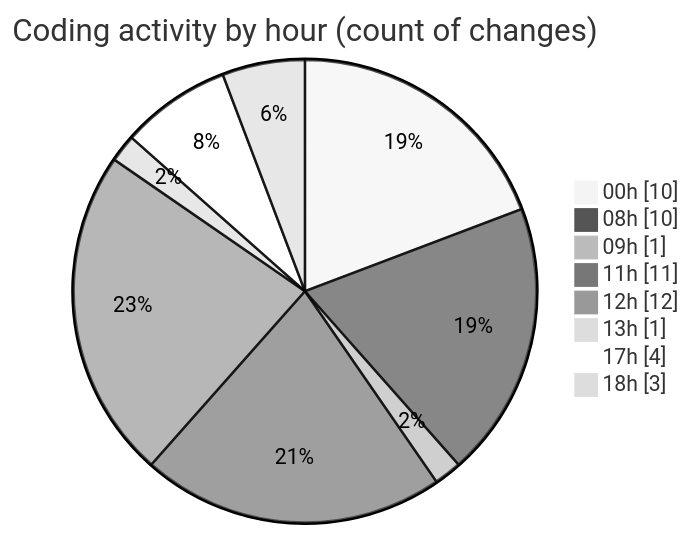
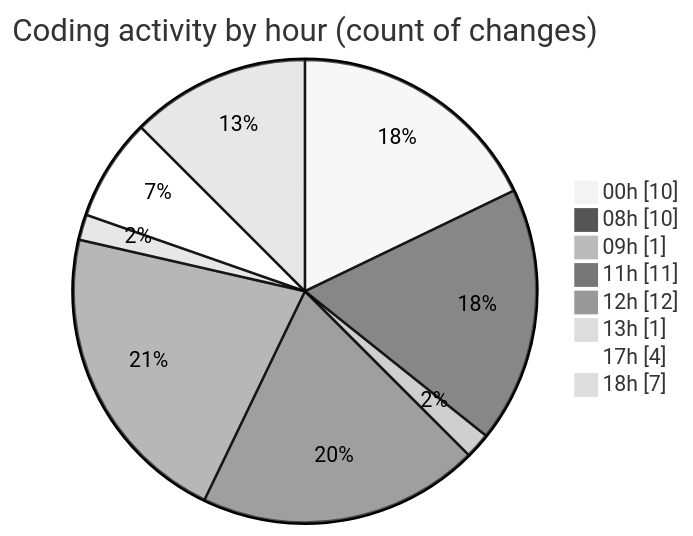
One commit to nxtqubesakshisongat/code-tracking changed the second of 2 diagrams in 2026-01-20/nxtqube_webapp/README.md. Above: the diagram before and after it, drawn with Mermaid (neutral theme). The commit also changed other lines of this file and 1 other file, not shown here.

````diff
--- a/2026-01-20/nxtqube_webapp/README.md
+++ b/2026-01-20/nxtqube_webapp/README.md
@@ -36,12 +36,12 @@
 ```mermaid
 pie showData
 title Coding activity by hour (count of changes)
 "00h" : 10
 "08h" : 10
 "09h" : 1
 "11h" : 11
 "12h" : 12
 "13h" : 1
 "17h" : 4
-"18h" : 3
+"18h" : 7
 ```
````
